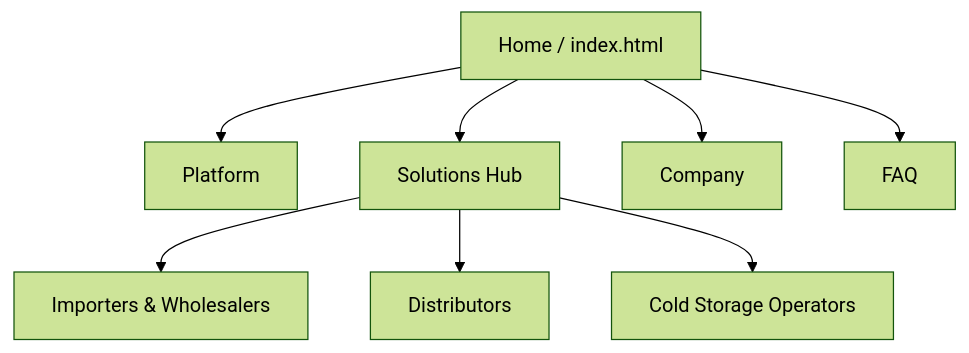
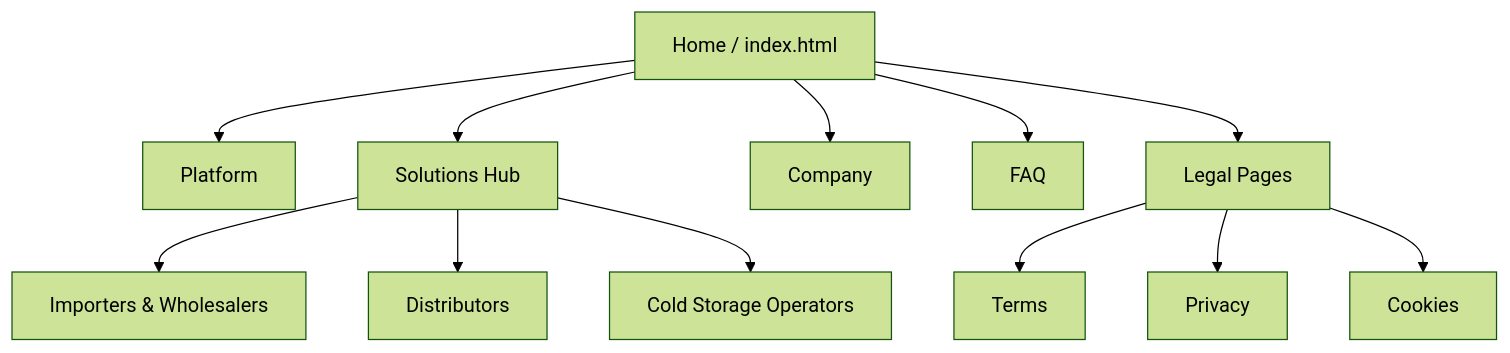
Before and after one commit to R0obxdnt-bit/nexa-report-main-copy: the second of 3 diagrams in report/40-chapter-4-product-design/4-2-information-architecture.md, drawn with Mermaid (forest theme). The commit also changed other lines of this file, not shown here.

````diff
--- a/report/40-chapter-4-product-design/4-2-information-architecture.md
+++ b/report/40-chapter-4-product-design/4-2-information-architecture.md
@@ -11,11 +29,16 @@
 ```mermaid
 graph TD
     Home["Home / index.html"] --> Platform["Platform"]
     Home --> Solutions["Solutions Hub"]
     Home --> Company["Company"]
     Home --> FAQ["FAQ"]
+    Home --> Legal["Legal Pages"]
 
     Solutions --> Importers["Importers & Wholesalers"]
     Solutions --> Distributors["Distributors"]
     Solutions --> Storage["Cold Storage Operators"]
+
+    Legal --> Terms["Terms"]
+    Legal --> Privacy["Privacy"]
+    Legal --> Cookies["Cookies"]
 ```
````
